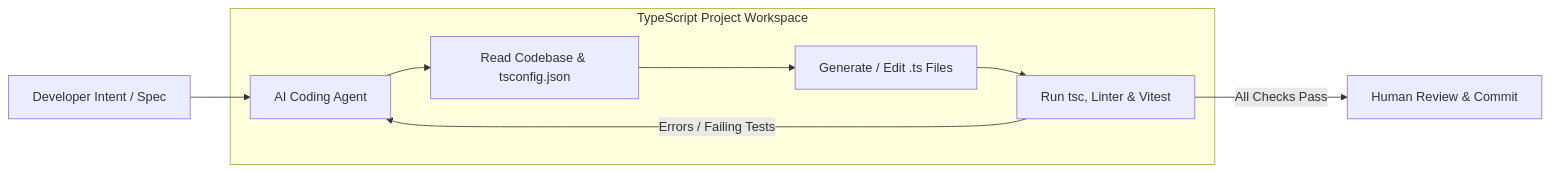
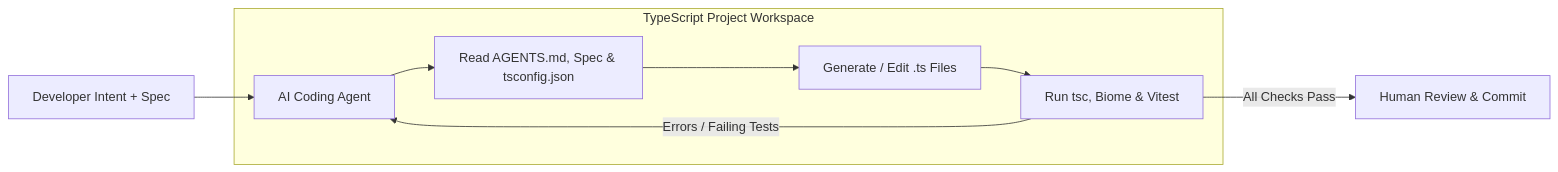
Before and after one commit to amitsk/typescript-development-env: the first of 2 diagrams in 14-llms.md, drawn with Mermaid. The commit also changed other lines of this file and 4 other files, not shown here.

Commit message:
Declutter LLMs and Putting It Together chapters, expand OpenSpec, and add Spec Kit and agent-skills links

````diff
--- a/14-llms.md
+++ b/14-llms.md
@@ -11,11 +11,11 @@
 ```mermaid
 flowchart LR
-    Dev["Developer Intent / Spec"] --> Agent["AI Coding Agent"]
+    Dev["Developer Intent + Spec"] --> Agent["AI Coding Agent"]
     subgraph Workspace["TypeScript Project Workspace"]
-        Agent --> Read["Read Codebase & tsconfig.json"]
+        Agent --> Read["Read AGENTS.md, Spec & tsconfig.json"]
         Read --> Edit["Generate / Edit .ts Files"]
-        Edit --> Verify["Run tsc, Linter & Vitest"]
+        Edit --> Verify["Run tsc, Biome & Vitest"]
     end
     Verify -- "Errors / Failing Tests" --> Agent
     Verify -- "All Checks Pass" --> PR["Human Review & Commit"]
 ```
````
